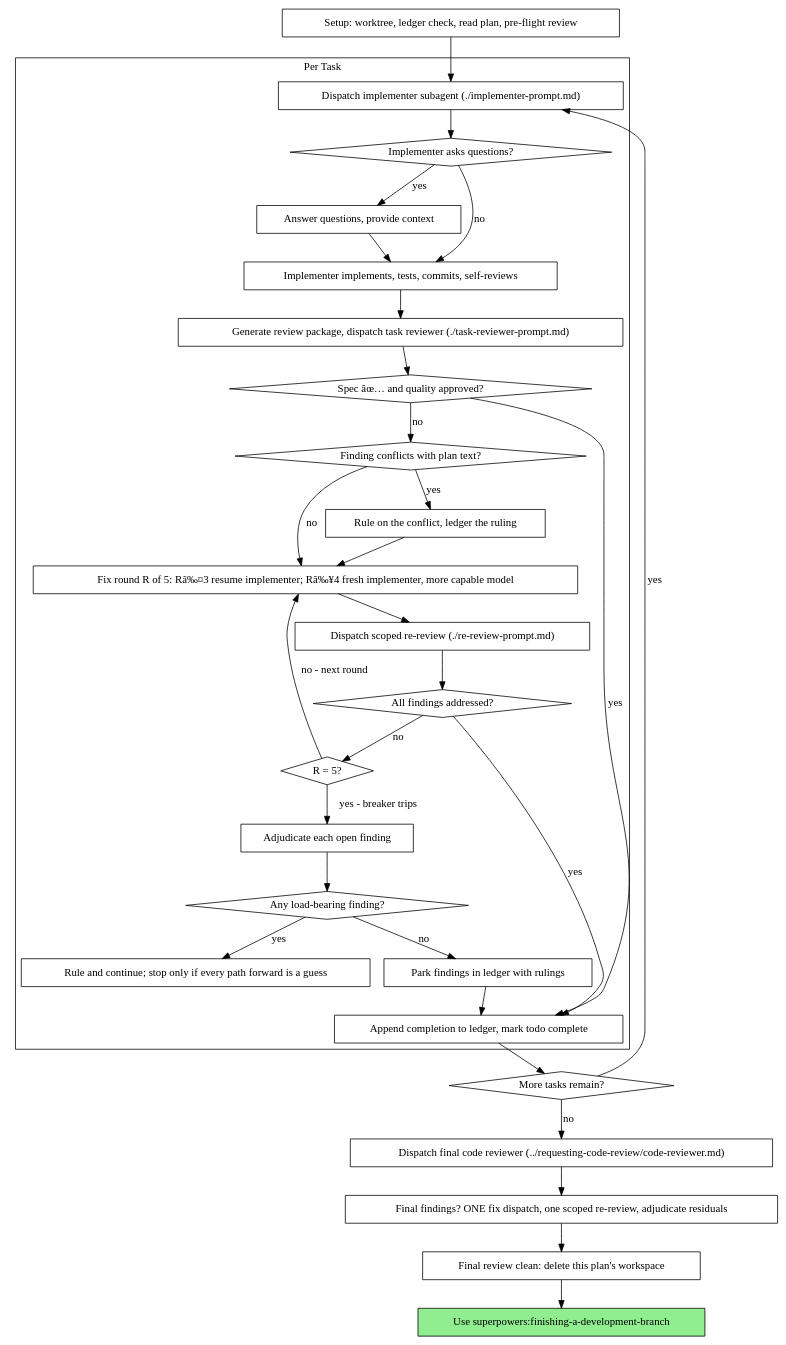
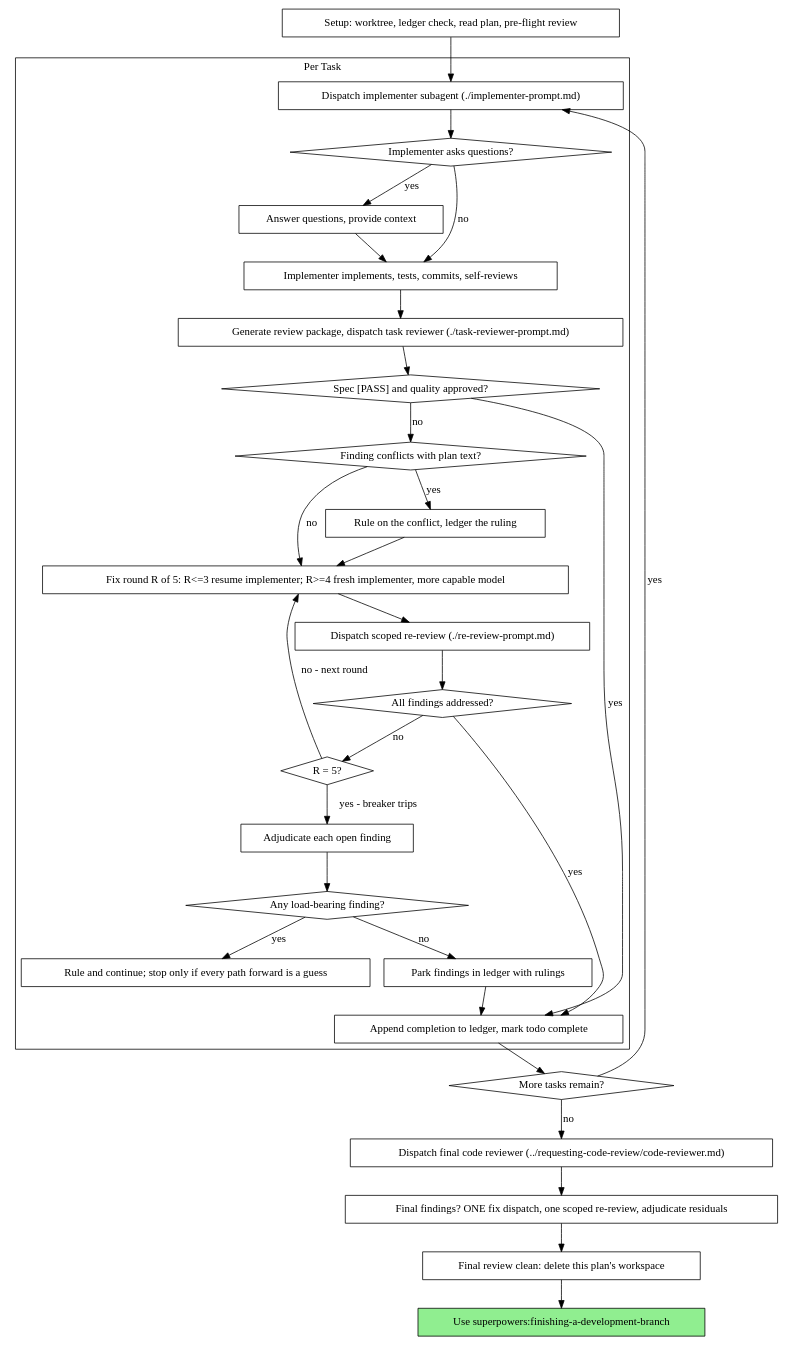
Before and after one commit to KalarisLabs/Skill-Doctor: the second of 2 diagrams in skills/subagent-driven-development/SKILL.md, drawn with Graphviz. The commit also changed other lines of this file and 21 other files, not shown here.

````diff
--- a/skills/subagent-driven-development/SKILL.md
+++ b/skills/subagent-driven-development/SKILL.md
@@ -61,62 +61,62 @@
 ```dot
 digraph process {
     rankdir=TB;
 
     subgraph cluster_per_task {
         label="Per Task";
         "Dispatch implementer subagent (./implementer-prompt.md)" [shape=box];
         "Implementer asks questions?" [shape=diamond];
         "Answer questions, provide context" [shape=box];
         "Implementer implements, tests, commits, self-reviews" [shape=box];
         "Generate review package, dispatch task reviewer (./task-reviewer-prompt.md)" [shape=box];
-        "Spec âœ… and quality approved?" [shape=diamond];
+        "Spec [PASS] and quality approved?" [shape=diamond];
         "Finding conflicts with plan text?" [shape=diamond];
         "Rule on the conflict, ledger the ruling" [shape=box];
-        "Fix round R of 5: Râ‰¤3 resume implementer; Râ‰¥4 fresh implementer, more capable model" [shape=box];
+        "Fix round R of 5: R<=3 resume implementer; R>=4 fresh implementer, more capable model" [shape=box];
         "Dispatch scoped re-review (./re-review-prompt.md)" [shape=box];
         "All findings addressed?" [shape=diamond];
         "R = 5?" [shape=diamond];
         "Adjudicate each open finding" [shape=box];
         "Any load-bearing finding?" [shape=diamond];
         "Rule and continue; stop only if every path forward is a guess" [shape=box];
         "Park findings in ledger with rulings" [shape=box];
         "Append completion to ledger, mark todo complete" [shape=box];
     }
 
     "Setup: worktree, ledger check, read plan, pre-flight review" [shape=box];
     "More tasks remain?" [shape=diamond];
     "Dispatch final code reviewer (../requesting-code-review/code-reviewer.md)" [shape=box];
     "Final findings? ONE fix dispatch, one scoped re-review, adjudicate residuals" [shape=box];
     "Final review clean: delete this plan's workspace" [shape=box];
     "Use superpowers:finishing-a-development-branch" [shape=box style=filled fillcolor=lightgreen];
 
     "Setup: worktree, ledger check, read plan, pre-flight review" -> "Dispatch implementer subagent (./implementer-prompt.md)";
     "Dispatch implementer subagent (./implementer-prompt.md)" -> "Implementer asks questions?";
     "Implementer asks questions?" -> "Answer questions, provide context" [label="yes"];
     "Answer questions, provide context" -> "Implementer implements, tests, commits, self-reviews";
     "Implementer asks questions?" -> "Implementer implements, tests, commits, self-reviews" [label="no"];
     "Implementer implements, tests, commits, self-reviews" -> "Generate review package, dispatch task reviewer (./task-reviewer-prompt.md)";
-    "Generate review package, dispatch task reviewer (./task-reviewer-prompt.md)" -> "Spec âœ… and quality approved?";
-    "Spec âœ… and quality approved?" -> "Append completion to ledger, mark todo complete" [label="yes"];
-    "Spec âœ… and quality approved?" -> "Finding conflicts with plan text?" [label="no"];
+    "Generate review package, dispatch task reviewer (./task-reviewer-prompt.md)" -> "Spec [PASS] and quality approved?";
+    "Spec [PASS] and quality approved?" -> "Append completion to ledger, mark todo complete" [label="yes"];
+    "Spec [PASS] and quality approved?" -> "Finding conflicts with plan text?" [label="no"];
     "Finding conflicts with plan text?" -> "Rule on the conflict, ledger the ruling" [label="yes"];
-    "Rule on the conflict, ledger the ruling" -> "Fix round R of 5: Râ‰¤3 resume implementer; Râ‰¥4 fresh implementer, more capable model";
-    "Finding conflicts with plan text?" -> "Fix round R of 5: Râ‰¤3 resume implementer; Râ‰¥4 fresh implementer, more capable model" [label="no"];
-    "Fix round R of 5: Râ‰¤3 resume implementer; Râ‰¥4 fresh implementer, more capable model" -> "Dispatch scoped re-review (./re-review-prompt.md)";
+    "Rule on the conflict, ledger the ruling" -> "Fix round R of 5: R<=3 resume implementer; R>=4 fresh implementer, more capable model";
+    "Finding conflicts with plan text?" -> "Fix round R of 5: R<=3 resume implementer; R>=4 fresh implementer, more capable model" [label="no"];
+    "Fix round R of 5: R<=3 resume implementer; R>=4 fresh implementer, more capable model" -> "Dispatch scoped re-review (./re-review-prompt.md)";
     "Dispatch scoped re-review (./re-review-prompt.md)" -> "All findings addressed?";
     "All findings addressed?" -> "Append completion to ledger, mark todo complete" [label="yes"];
     "All findings addressed?" -> "R = 5?" [label="no"];
-    "R = 5?" -> "Fix round R of 5: Râ‰¤3 resume implementer; Râ‰¥4 fresh implementer, more capable model" [label="no - next round"];
+    "R = 5?" -> "Fix round R of 5: R<=3 resume implementer; R>=4 fresh implementer, more capable model" [label="no - next round"];
     "R = 5?" -> "Adjudicate each open finding" [label="yes - breaker trips"];
     "Adjudicate each open finding" -> "Any load-bearing finding?";
     "Any load-bearing finding?" -> "Rule and continue; stop only if every path forward is a guess" [label="yes"];
     "Any load-bearing finding?" -> "Park findings in ledger with rulings" [label="no"];
     "Park findings in ledger with rulings" -> "Append completion to ledger, mark todo complete";
     "Append completion to ledger, mark todo complete" -> "More tasks remain?";
     "More tasks remain?" -> "Dispatch implementer subagent (./implementer-prompt.md)" [label="yes"];
     "More tasks remain?" -> "Dispatch final code reviewer (../requesting-code-review/code-reviewer.md)" [label="no"];
     "Dispatch final code reviewer (../requesting-code-review/code-reviewer.md)" -> "Final findings? ONE fix dispatch, one scoped re-review, adjudicate residuals";
     "Final findings? ONE fix dispatch, one scoped re-review, adjudicate residuals" -> "Final review clean: delete this plan's workspace";
     "Final review clean: delete this plan's workspace" -> "Use superpowers:finishing-a-development-branch";
 }
 ```
````
